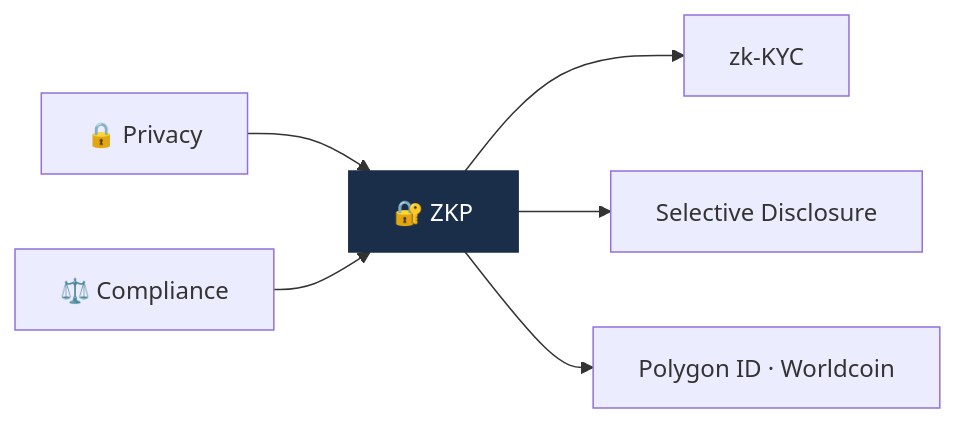
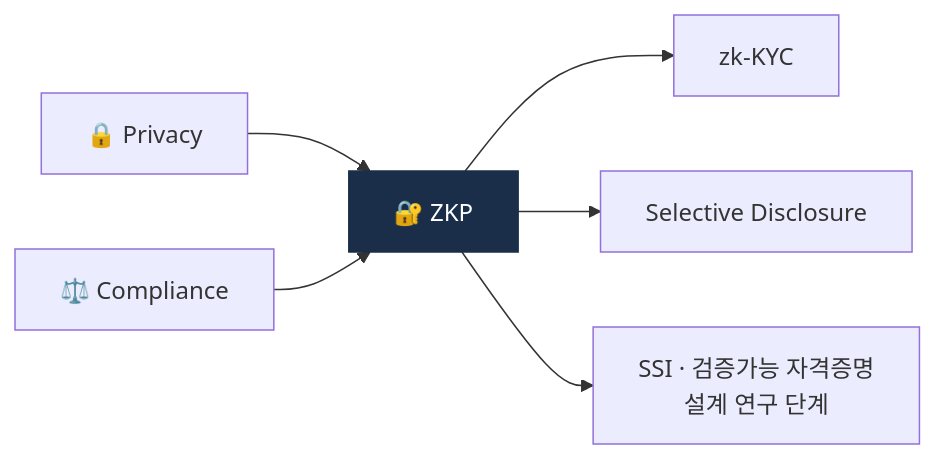
One commit to lala-david/aml-notes changed the first of 2 diagrams in curriculum/day_58.md. Above: the diagram before and after it, drawn with Mermaid. The commit also changed other lines of this file and 233 other files, not shown here.

````diff
--- a/curriculum/day_58.md
+++ b/curriculum/day_58.md
@@ -13,8 +13,8 @@
 ```mermaid
 flowchart LR
     P["🔒 Privacy"] & C["⚖️ Compliance"] --> ZK["🔐 ZKP"]
     ZK --> Z1["zk-KYC"]
     ZK --> Z2["Selective Disclosure"]
-    ZK --> Z3["Polygon ID · Worldcoin"]
+    ZK --> Z3["SSI · 검증가능 자격증명<br/>설계 연구 단계"]
     style ZK fill:#1a2e4a,color:#fff,stroke:#1a2e4a
 ```
````
